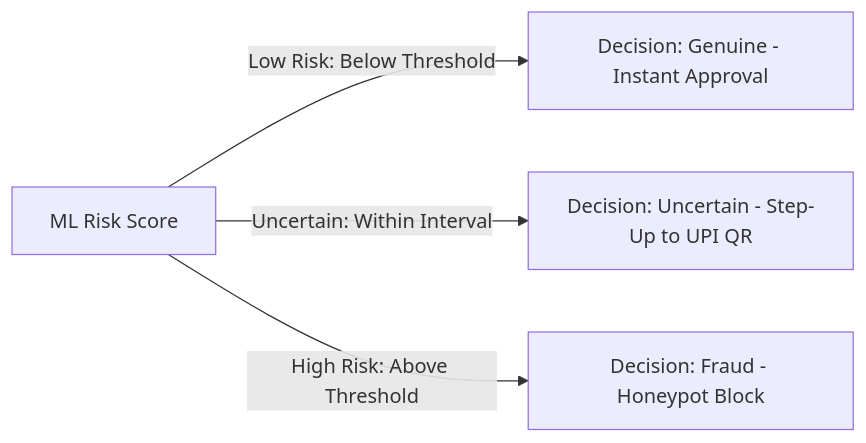
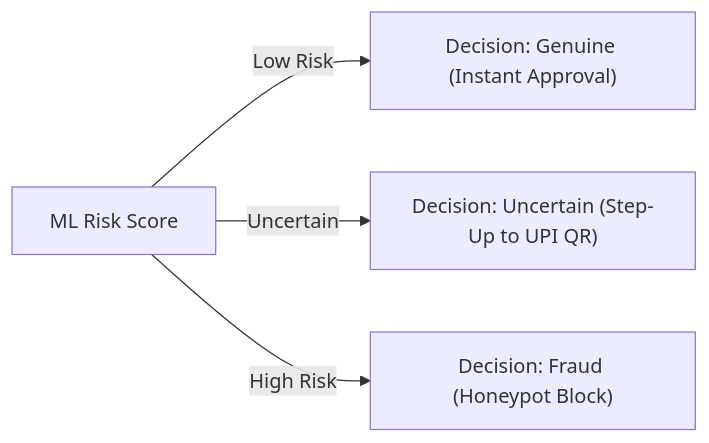
Before and after one commit to GeekLuffy/RazorVigil: the second of 2 diagrams in README.md, drawn with Mermaid. The commit also changed other lines of this file, not shown here.

Commit message:
fix(readme): enclose Mermaid node labels in double quotes and clean edge syntax

````diff
--- a/README.md
+++ b/README.md
@@ -81,7 +81,7 @@
 ```mermaid
 graph LR
-    SCORE[ML Risk Score]
-    SCORE -->|Low Risk: Below Threshold| GENUINE[Decision: Genuine - Instant Approval]
-    SCORE -->|Uncertain: Within Interval| UNCERTAIN[Decision: Uncertain - Step-Up to UPI QR]
-    SCORE -->|High Risk: Above Threshold| FRAUD[Decision: Fraud - Honeypot Block]
+    SCORE["ML Risk Score"]
+    SCORE -->|Low Risk| GENUINE["Decision: Genuine (Instant Approval)"]
+    SCORE -->|Uncertain| UNCERTAIN["Decision: Uncertain (Step-Up to UPI QR)"]
+    SCORE -->|High Risk| FRAUD["Decision: Fraud (Honeypot Block)"]
 ```
````
